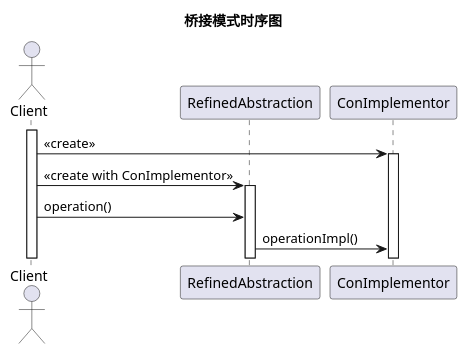
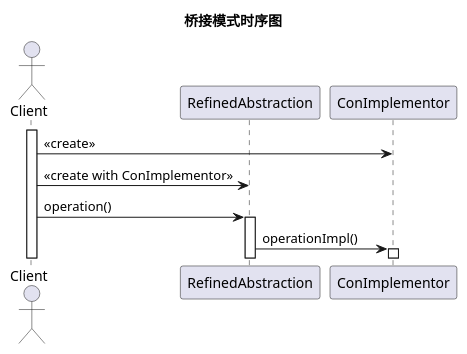
Before and after one commit to echcz/design-pattern: the diagram in structural/bridge-timing.puml, drawn with PlantUML. The commit also changed other lines of this file and 9 other files, not shown here.

```diff
--- a/structural/bridge-timing.puml
+++ b/structural/bridge-timing.puml
@@ -1,15 +1,15 @@
 @startuml
 title 桥接模式时序图
 
 actor Client
 participant RefinedAbstraction
 participant ConImplementor
 
 activate Client
 Client -> ConImplementor: <<create>>
+Client -> RefinedAbstraction: <<create with ConImplementor>>
+Client -> RefinedAbstraction: operation()
+activate RefinedAbstraction
+RefinedAbstraction -> ConImplementor: operationImpl()
 activate ConImplementor
-Client -> RefinedAbstraction: <<create with ConImplementor>>
-activate RefinedAbstraction
-Client -> RefinedAbstraction: operation()
-RefinedAbstraction -> ConImplementor: operationImpl()
 @enduml
```
